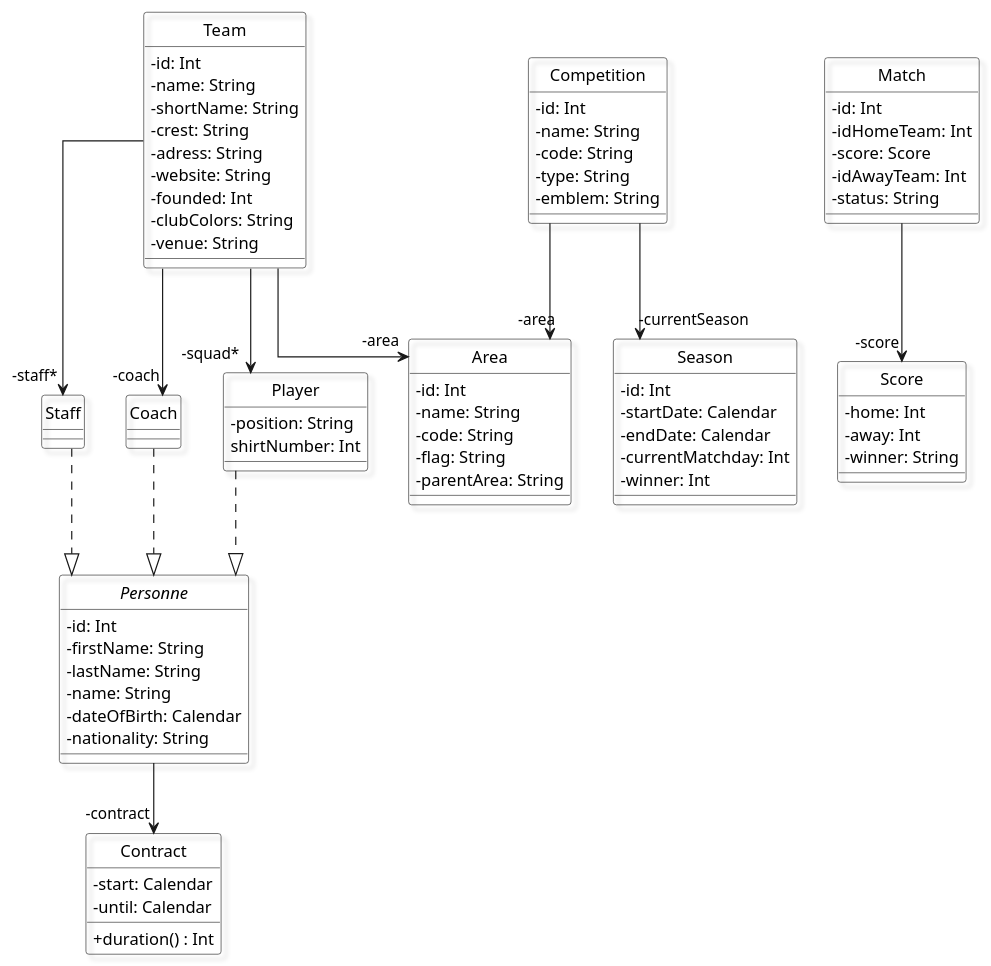
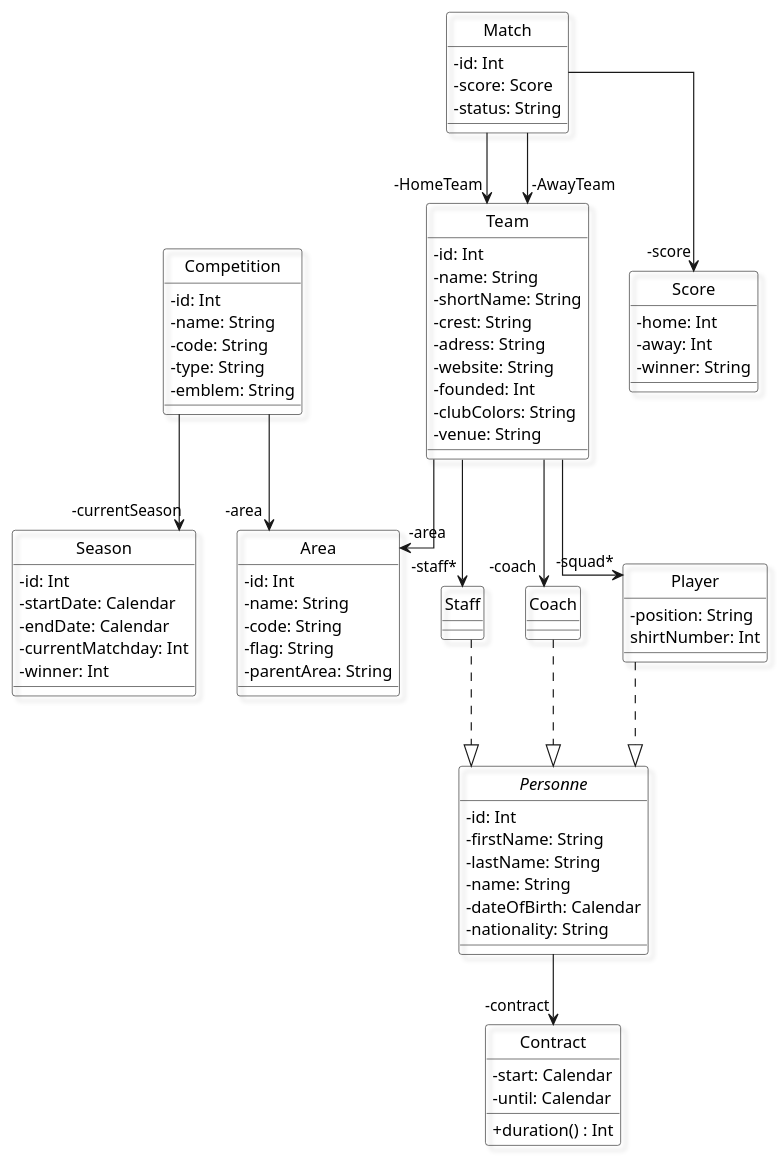
One commit to Emree63/Scor_It changed the first of 2 diagrams in README.md. Above: the diagram before and after it, drawn with PlantUML.

Commit message:
Mise à jour de 'README.md'

```diff
--- a/README.md
+++ b/README.md
@@ -115,9 +115,7 @@
 
 class Match {
     -id: Int
-    -idHomeTeam: Int
     -score: Score
-    -idAwayTeam: Int
     -status: String
 }
 
@@ -138,6 +136,9 @@
 Team --> "-squad*" Player
 Team --> "-area" Area
 
+Match --> "-HomeTeam" Team
+Match --> "-AwayTeam" Team
+
 Competition --> "-area" Area
 Competition --> "-currentSeason" Season
 
```
